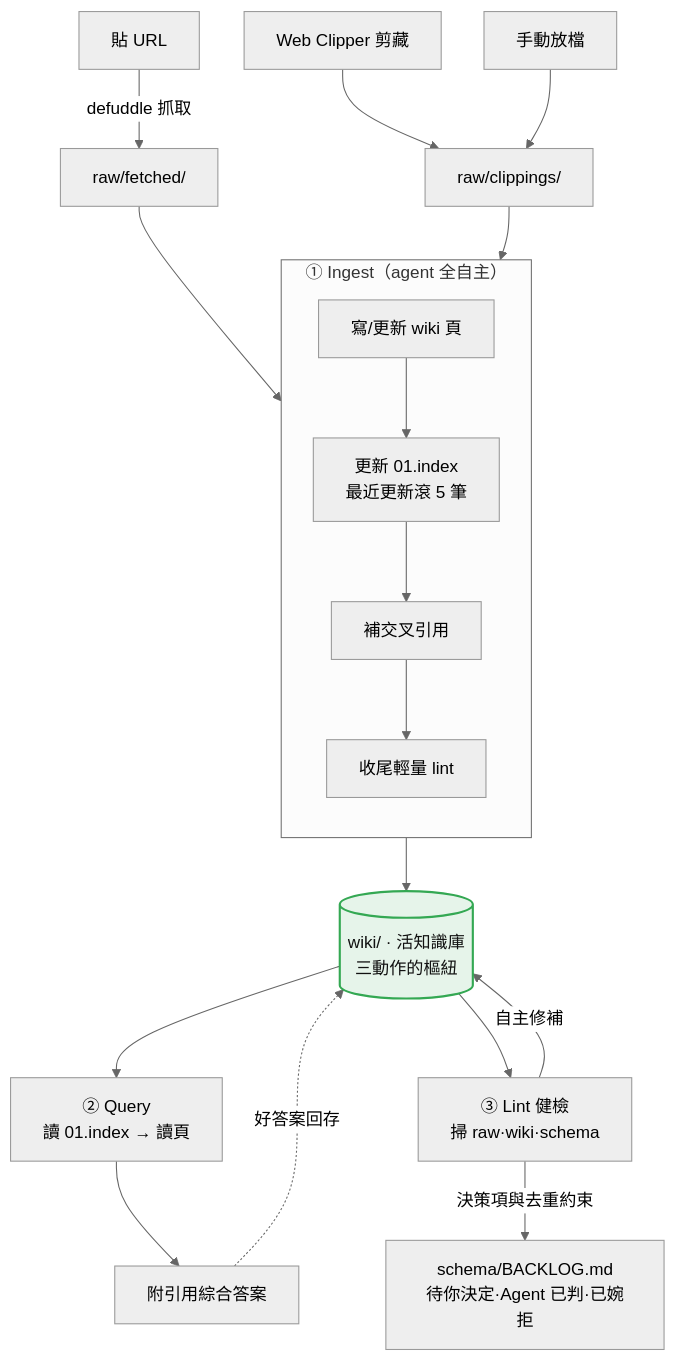
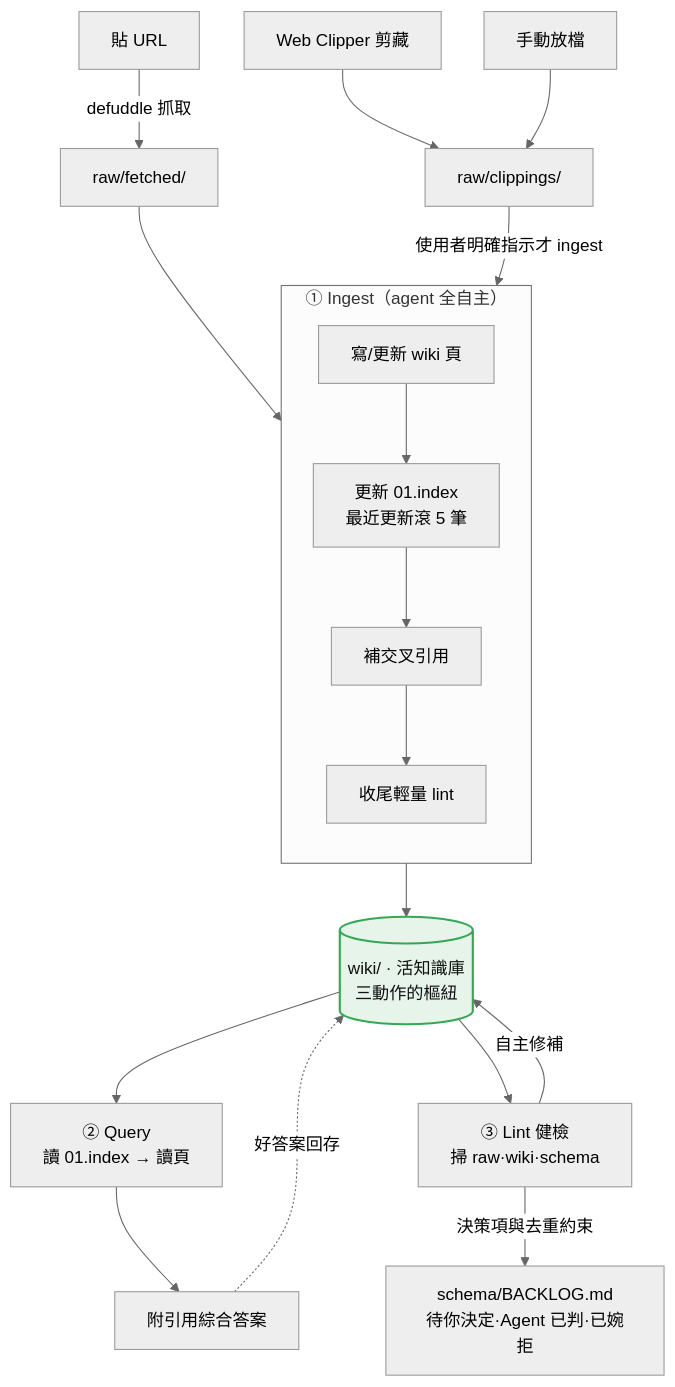
One commit to lllloo/obsidian-memory changed the first of 2 diagrams in README.md. Above: the diagram before and after it, drawn with Mermaid. The commit also changed 2 other files, not shown here.

Commit message:
健檢：修正剪藏流程與 WSLg 主張，記錄 lint 漏判

````diff
--- a/README.md
+++ b/README.md
@@ -9,20 +9,21 @@
 ```mermaid
 %%{init: {"theme": "neutral", "flowchart": {"curve": "basis", "nodeSpacing": 40, "rankSpacing": 50}}}%%
 flowchart TD
     URL[貼 URL] -->|defuddle 抓取| FE[raw/fetched/]
     CLIP[Web Clipper 剪藏] --> CL[raw/clippings/]
     MAN[手動放檔] --> CL
     subgraph ING["① Ingest（agent 全自主）"]
         direction TB
         W[寫/更新 wiki 頁] --> IDX[更新 01.index<br/>最近更新滾 5 筆] --> XREF[補交叉引用] --> LT[收尾輕量 lint]
     end
-    FE & CL --> W
+    FE --> W
+    CL -->|使用者明確指示才 ingest| W
     LT --> WIKI[("wiki/ · 活知識庫<br/>三動作的樞紐")]:::hub
     WIKI --> RD["② Query<br/>讀 01.index → 讀頁"]
     RD --> ANS[附引用綜合答案]
     ANS -.->|好答案回存| WIKI
     WIKI --> LINT["③ Lint 健檢<br/>掃 raw·wiki·schema"]
     LINT -->|自主修補| WIKI
     LINT -->|決策項與去重約束| BL["schema/BACKLOG.md<br/>待你決定·Agent 已判·已婉拒"]
     classDef hub fill:#e6f4ea,stroke:#34a853,stroke-width:2px,color:#111
 ```
````
